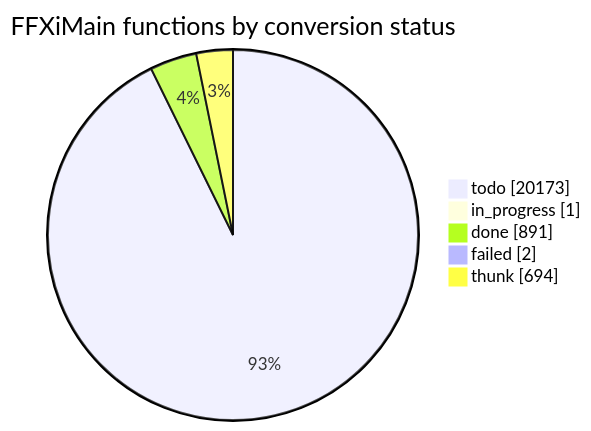
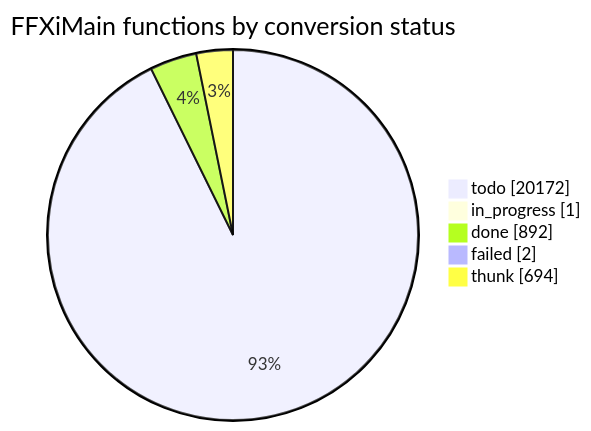
The diagram in docs/cow/STATUS.md (cowrevenge/cow_kuluu_xi_anything), drawn with Mermaid before and after one commit. The commit also changed other lines of this file and 9 other files, not shown here.

````diff
--- a/docs/cow/STATUS.md
+++ b/docs/cow/STATUS.md
@@ -18,9 +18,9 @@
 ```mermaid
 pie showData
     title FFXiMain functions by conversion status
-    "todo" : 20173
+    "todo" : 20172
     "in_progress" : 1
-    "done" : 891
+    "done" : 892
     "failed" : 2
     "thunk" : 694
 ```
````
